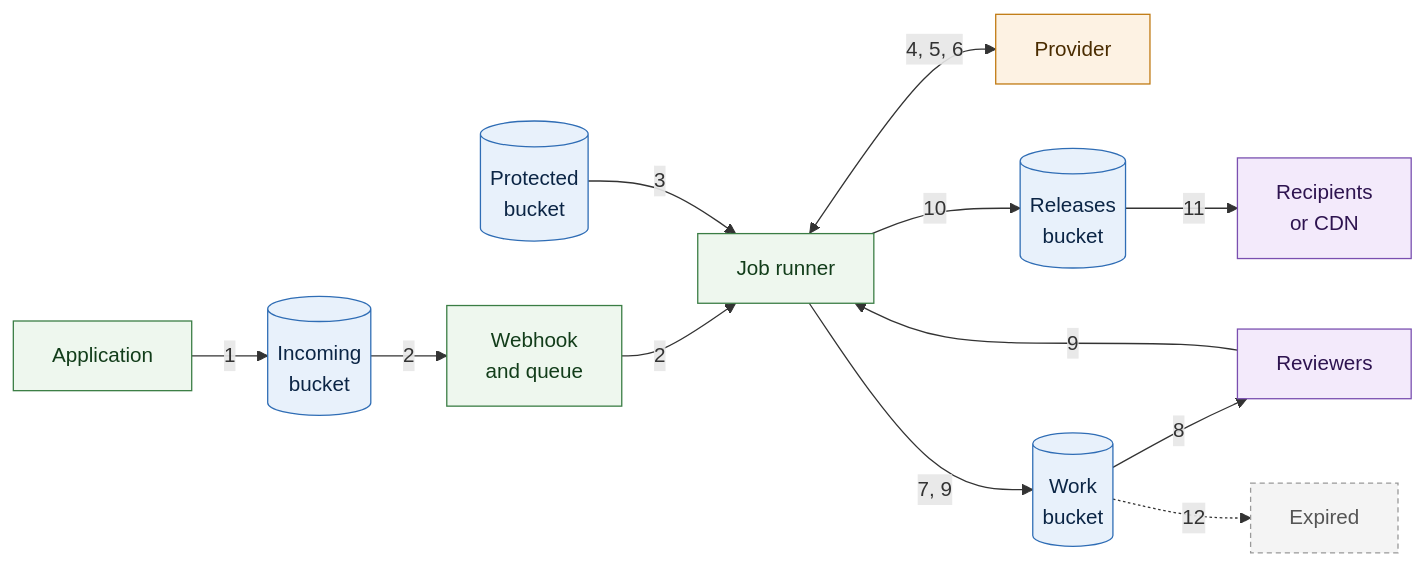
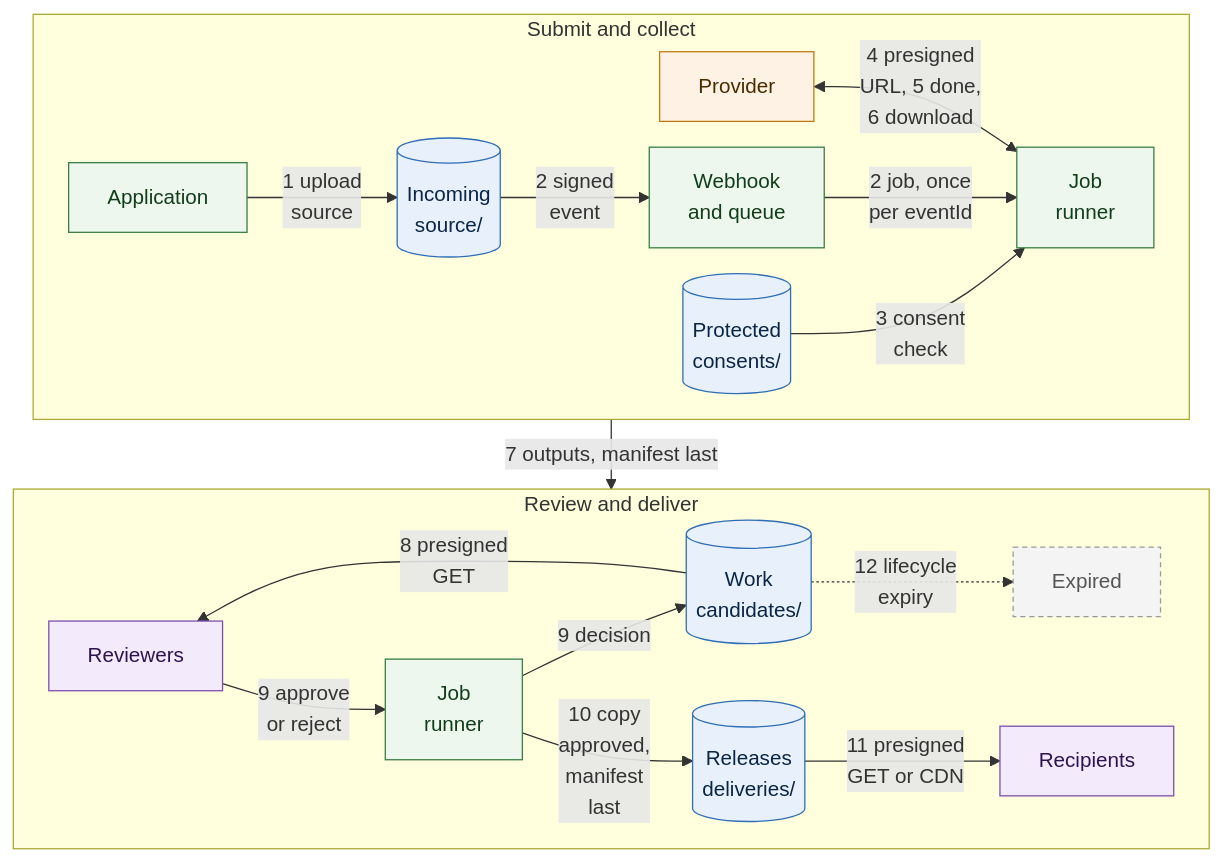
The diagram in architectures/batch-voice-generation-and-dubbing/architecture.md (backblaze-b2-samples/b2-voice-ai-reference-architectures), drawn with Mermaid before and after one commit. The commit also changed other lines of this file and 2 other files, not shown here.

Commit message:
Put readable text back on the diagram edges
Each edge now carries its step number and two to four words saying what
moves or happens, and buckets show their prefix, so the diagrams can be
read without cross-referencing the step lists. Each diagram still fits
in one screen. Details that do not fit stay in the numbered steps.

````diff
--- a/architectures/batch-voice-generation-and-dubbing/architecture.md
+++ b/architectures/batch-voice-generation-and-dubbing/architecture.md
@@ -19,25 +19,33 @@
 ```mermaid
-flowchart LR
-  APP["Application"] -->|1| SRC[("Incoming<br/>bucket")]
-  SRC -->|2| HOOK["Webhook<br/>and queue"]
-  HOOK -->|2| RUN["Job runner"]
-  PROT[("Protected<br/>bucket")] -->|3| RUN
-  RUN <-->|"4, 5, 6"| PROV["Provider"]
-  RUN -->|10| DEL[("Releases<br/>bucket")]
-  DEL -->|11| RCPT["Recipients<br/>or CDN"]
-  RUN -->|"7, 9"| CAND[("Work<br/>bucket")]
-  CAND -->|8| REV["Reviewers"]
-  REV -->|9| RUN
-  CAND -.->|12| GONE["Expired"]
+%%{init: {"flowchart": {"nodeSpacing": 20, "rankSpacing": 30}}}%%
+flowchart TB
+  subgraph S1["Submit and collect"]
+    direction LR
+    PROV["Provider"] <-->|"4 presigned<br/>URL, 5 done,<br/>6 download"| RUN["Job<br/>runner"]
+    APP["Application"] -->|"1 upload<br/>source"| SRC[("Incoming<br/>source/")]
+    SRC -->|"2 signed<br/>event"| HOOK["Webhook<br/>and queue"]
+    HOOK -->|"2 job, once<br/>per eventId"| RUN
+    PROT[("Protected<br/>consents/")] -->|"3 consent<br/>check"| RUN
+  end
+  subgraph S2["Review and deliver"]
+    direction LR
+    REV["Reviewers"] -->|"9 approve<br/>or reject"| PROM["Job<br/>runner"]
+    PROM -->|"9 decision"| CAND[("Work<br/>candidates/")]
+    PROM -->|"10 copy<br/>approved,<br/>manifest<br/>last"| DEL[("Releases<br/>deliveries/")]
+    CAND -->|"8 presigned<br/>GET"| REV
+    CAND -.->|"12 lifecycle<br/>expiry"| GONE["Expired"]
+    DEL -->|"11 presigned<br/>GET or CDN"| RCPT["Recipients"]
+  end
+  S1 -->|"7 outputs, manifest last"| S2
 
   classDef storage fill:#e8f1fb,stroke:#2f6db5,color:#0b2545
   classDef compute fill:#eef7ee,stroke:#3a7d44,color:#123d1a
   classDef external fill:#fdf2e3,stroke:#c07a12,color:#4a2c00
   classDef human fill:#f3eafb,stroke:#7a4fb0,color:#2e1450
   classDef gone fill:#f4f4f4,stroke:#999,color:#555,stroke-dasharray:4 3
   class SRC,PROT,CAND,DEL storage
-  class APP,HOOK,RUN compute
+  class APP,HOOK,RUN,PROM compute
   class PROV external
   class REV,RCPT human
   class GONE gone
 ```
````
